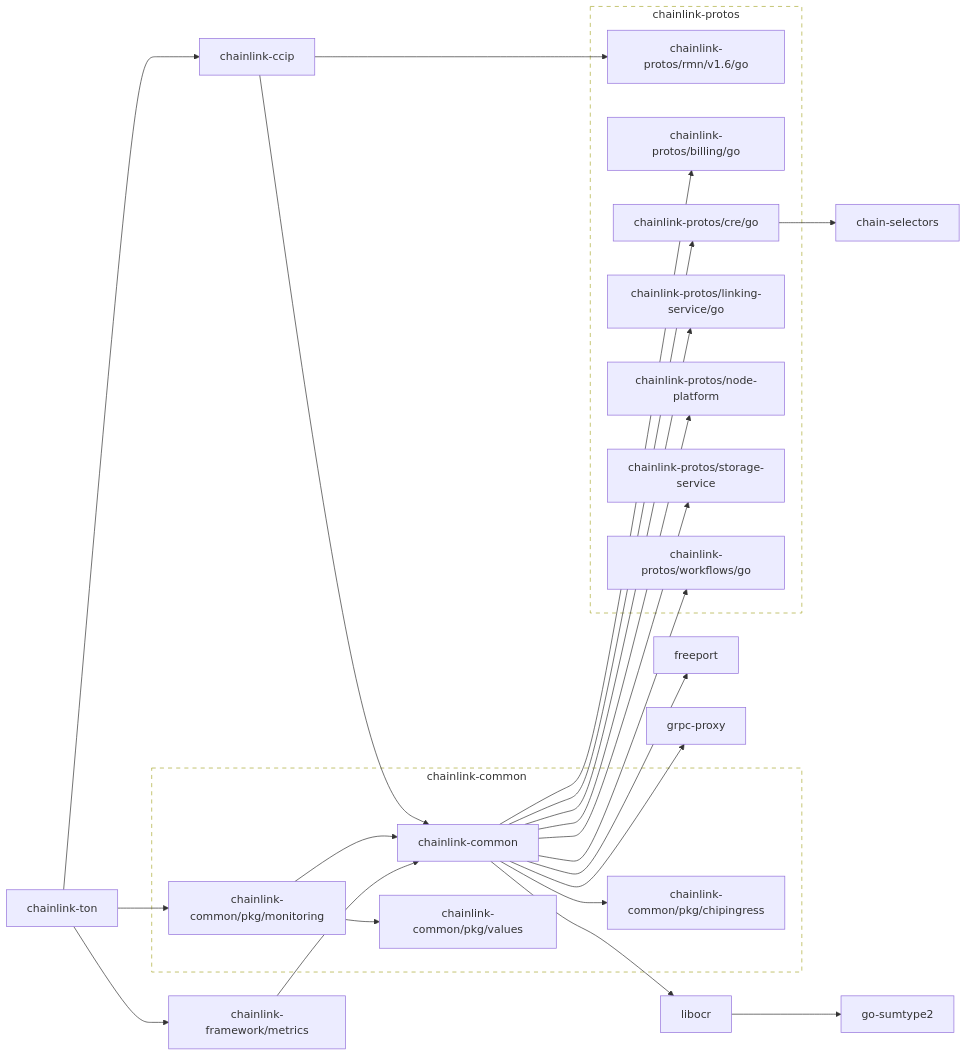
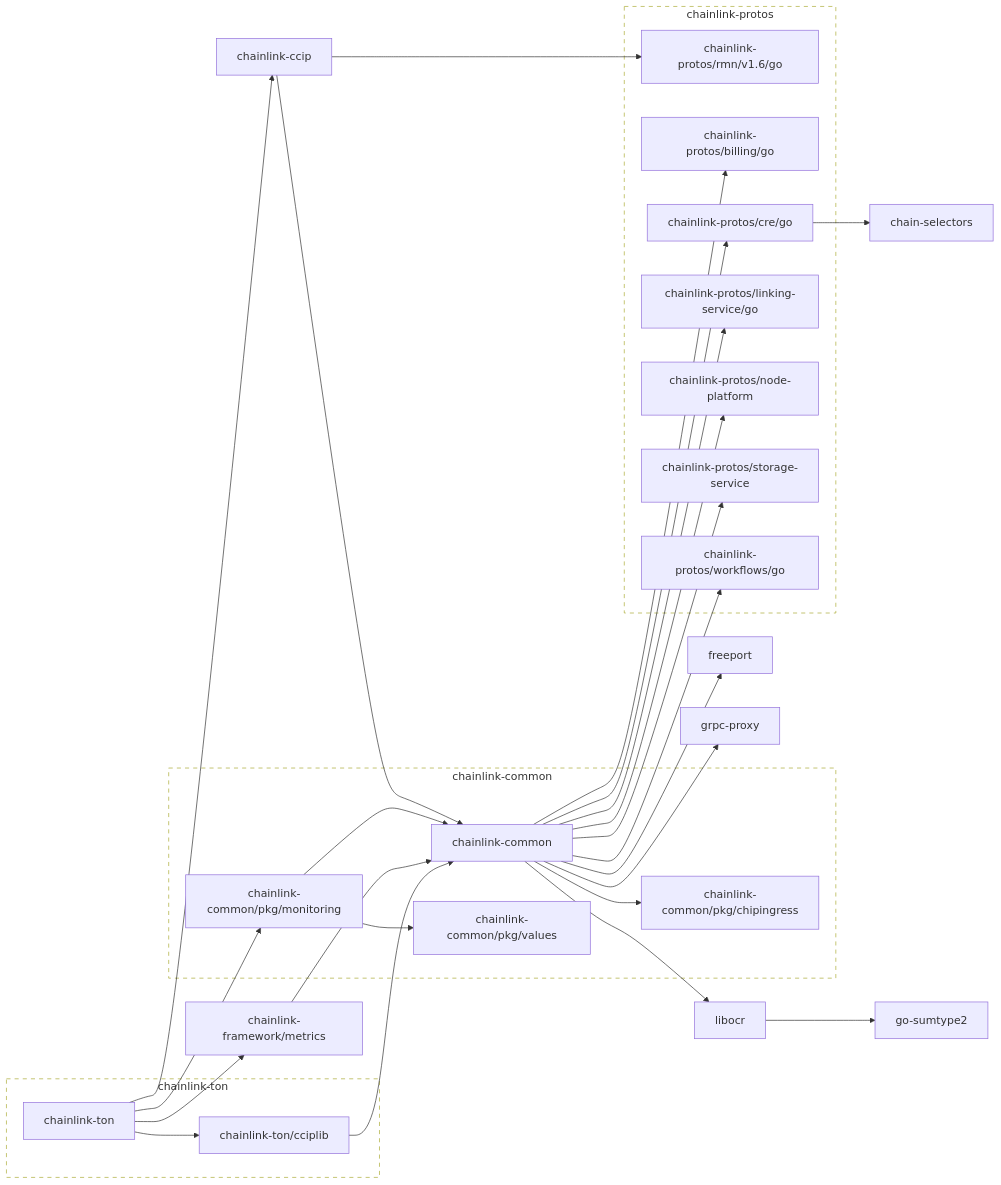
The first of 2 diagrams in go.md (fork-the-planet/smartcontractkit___chainlink-ton), drawn with Mermaid before and after one commit. The commit also changed other lines of this file and 179 other files, not shown here.

````diff
--- a/go.md
+++ b/go.md
@@ -45,7 +45,10 @@
 	chainlink-ton --> chainlink-ccip
 	chainlink-ton --> chainlink-common/pkg/monitoring
 	chainlink-ton --> chainlink-framework/metrics
+	chainlink-ton --> chainlink-ton/cciplib
 	click chainlink-ton href "https://github.com/smartcontractkit/chainlink-ton"
+	chainlink-ton/cciplib --> chainlink-common
+	click chainlink-ton/cciplib href "https://github.com/smartcontractkit/chainlink-ton"
 	freeport
 	click freeport href "https://github.com/smartcontractkit/freeport"
 	go-sumtype2
@@ -74,6 +77,12 @@
 	end
 	click chainlink-protos-repo href "https://github.com/smartcontractkit/chainlink-protos"
 
+	subgraph chainlink-ton-repo[chainlink-ton]
+		 chainlink-ton
+		 chainlink-ton/cciplib
+	end
+	click chainlink-ton-repo href "https://github.com/smartcontractkit/chainlink-ton"
+
 	classDef outline stroke-dasharray:6,fill:none;
-	class chainlink-common-repo,chainlink-protos-repo outline
+	class chainlink-common-repo,chainlink-protos-repo,chainlink-ton-repo outline
 ```
````
